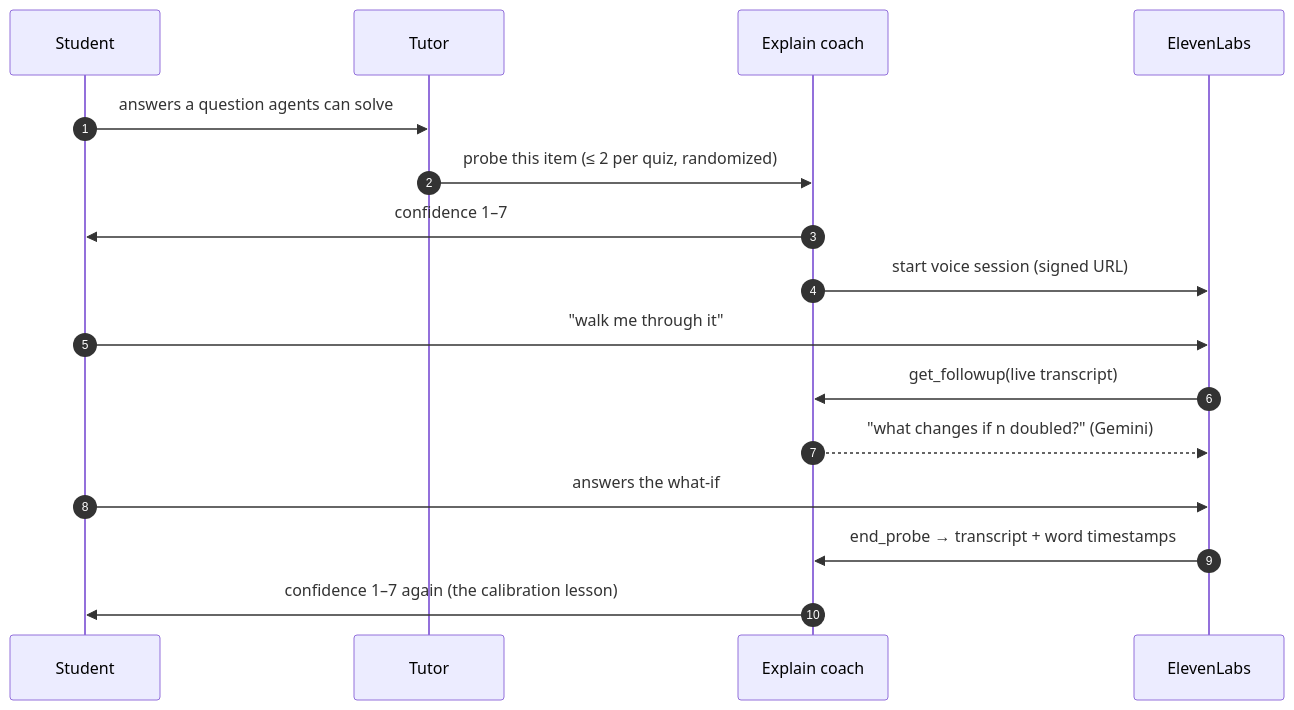
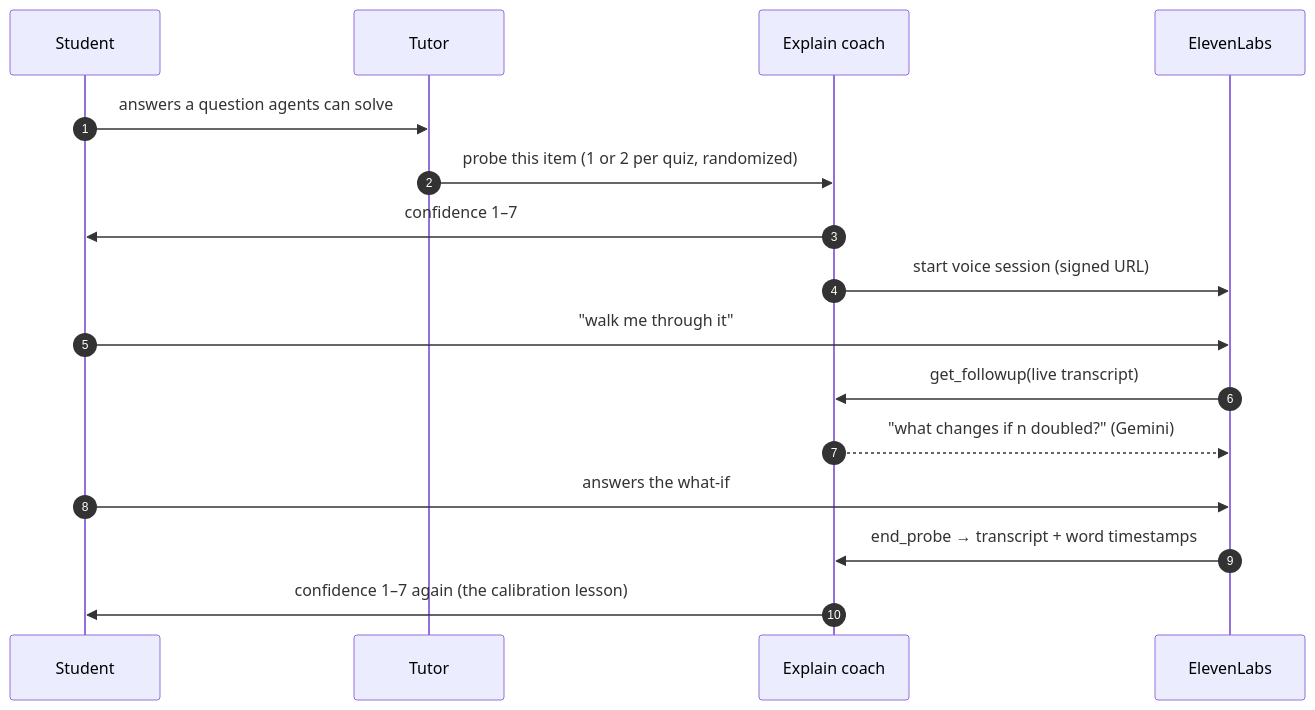
Before and after one commit to lgoyal6/sand-hacks: the third of 3 diagrams in README.md, drawn with Mermaid. The commit also changed other lines of this file and 1 other file, not shown here.

````diff
--- a/README.md
+++ b/README.md
@@ -124,18 +139,18 @@
 ```mermaid
 sequenceDiagram
     autonumber
     participant St as Student
     participant Tu as Tutor
     participant EC as Explain coach
     participant EL as ElevenLabs
     St->>Tu: answers a question agents can solve
-    Tu->>EC: probe this item (≤ 2 per quiz, randomized)
+    Tu->>EC: probe this item (1 or 2 per quiz, randomized)
     EC->>St: confidence 1–7
     EC->>EL: start voice session (signed URL)
     St->>EL: "walk me through it"
     EL->>EC: get_followup(live transcript)
     EC-->>EL: "what changes if n doubled?" (Gemini)
     St->>EL: answers the what-if
     EL->>EC: end_probe → transcript + word timestamps
     EC->>St: confidence 1–7 again (the calibration lesson)
 ```
````
